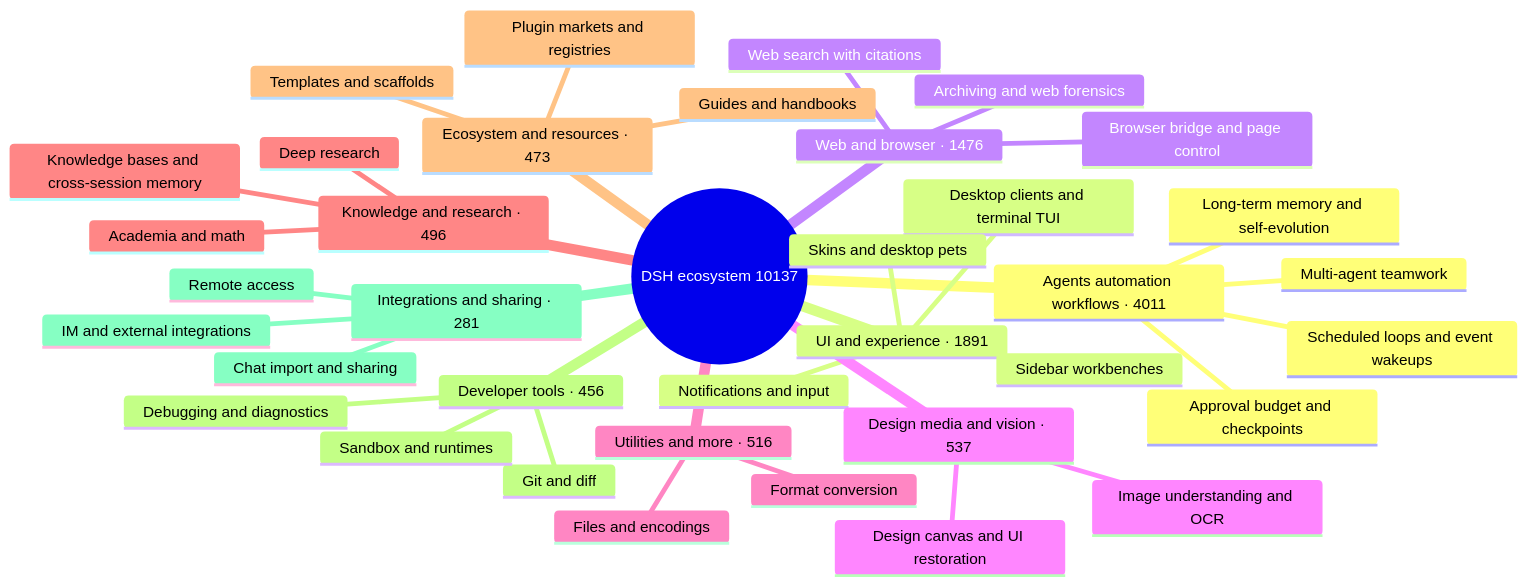
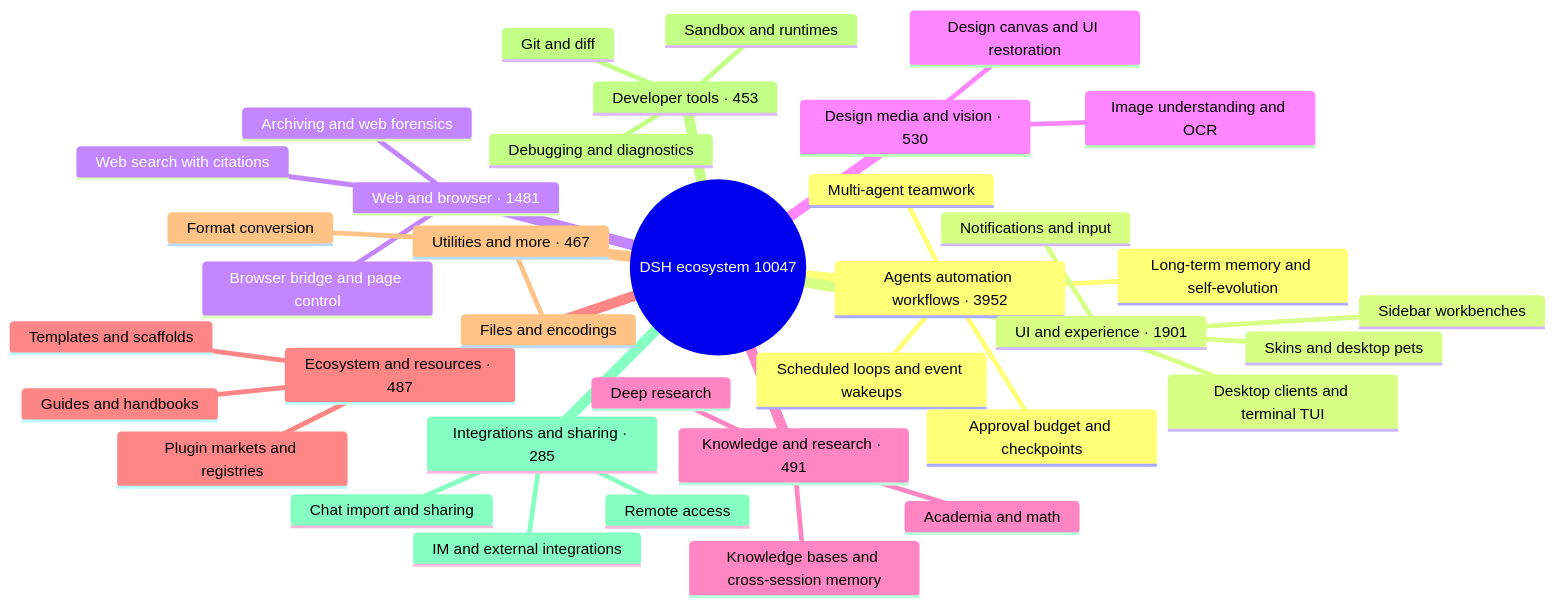
One commit to bruc3van/awesome-dsh-plugin changed the diagram in README_EN.md. Above: the diagram before and after it, drawn with Mermaid. The commit also changed other lines of this file and 18 other files, not shown here.

````diff
--- a/README_EN.md
+++ b/README_EN.md
@@ -32,40 +32,40 @@
 ```mermaid
 mindmap
-  root((DSH ecosystem 10137))
-    Agents automation workflows · 4011
+  root((DSH ecosystem 10047))
+    Agents automation workflows · 3952
       Scheduled loops and event wakeups
       Multi-agent teamwork
       Long-term memory and self-evolution
       Approval budget and checkpoints
-    UI and experience · 1891
+    UI and experience · 1901
       Desktop clients and terminal TUI
       Sidebar workbenches
       Skins and desktop pets
       Notifications and input
-    Web and browser · 1476
+    Web and browser · 1481
       Browser bridge and page control
       Web search with citations
       Archiving and web forensics
-    Design media and vision · 537
+    Design media and vision · 530
       Image understanding and OCR
       Design canvas and UI restoration
-    Utilities and more · 516
-      Files and encodings
-      Format conversion
-    Knowledge and research · 496
+    Knowledge and research · 491
       Knowledge bases and cross-session memory
       Deep research
       Academia and math
-    Ecosystem and resources · 473
+    Ecosystem and resources · 487
       Plugin markets and registries
       Templates and scaffolds
       Guides and handbooks
-    Developer tools · 456
+    Utilities and more · 467
+      Files and encodings
+      Format conversion
+    Developer tools · 453
       Git and diff
       Sandbox and runtimes
       Debugging and diagnostics
-    Integrations and sharing · 281
+    Integrations and sharing · 285
       Chat import and sharing
       Remote access
       IM and external integrations
 ```
````
